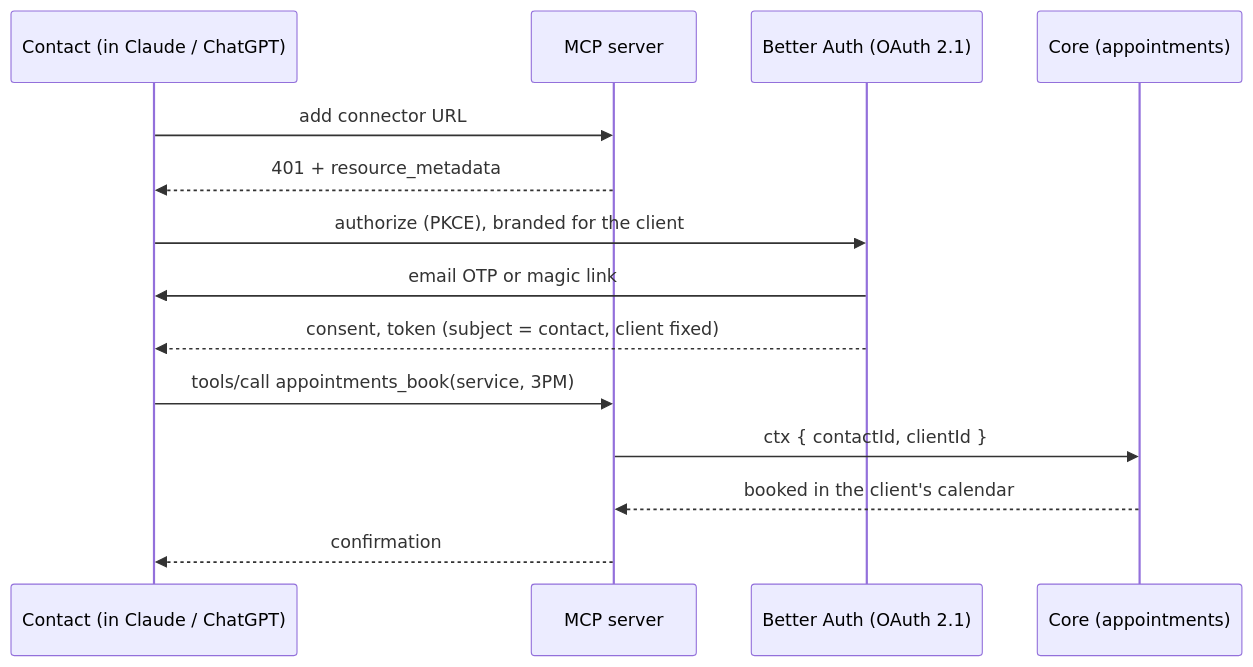
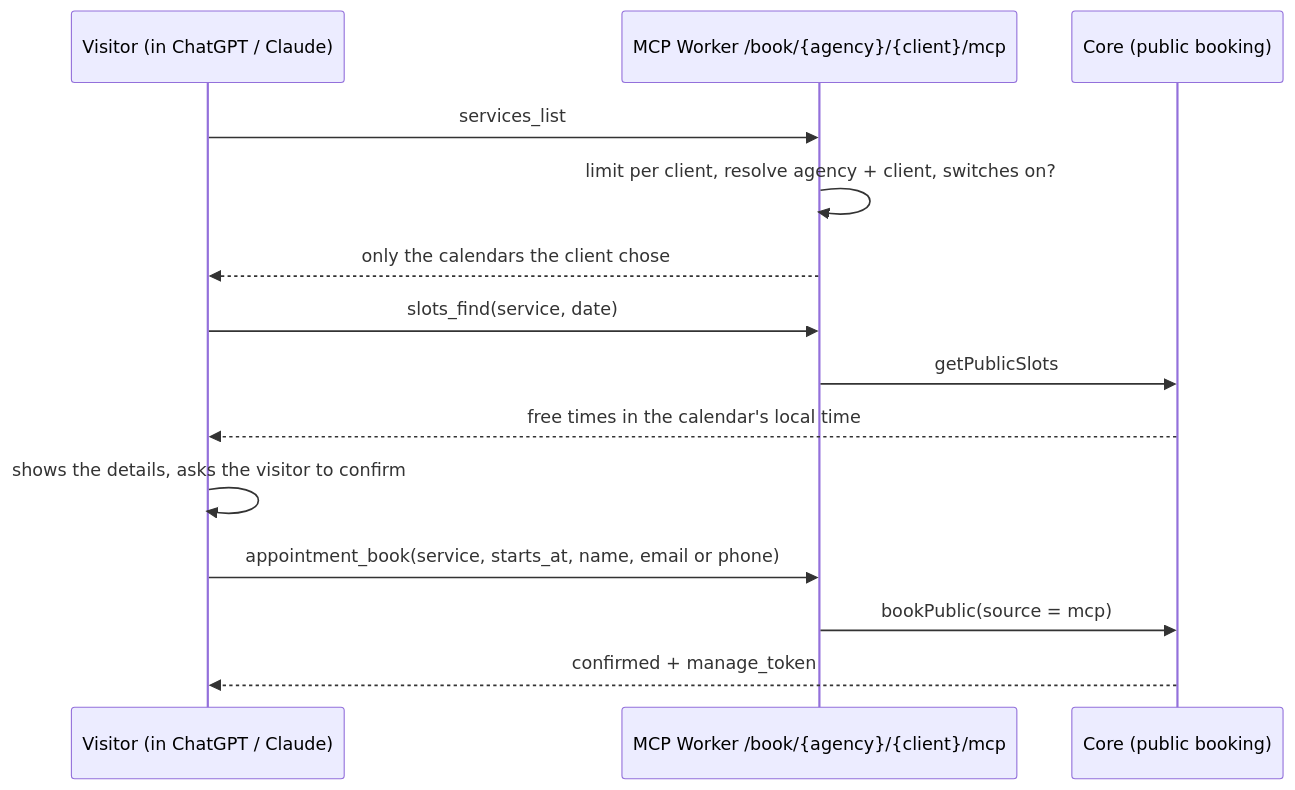
One commit to prakashn27/ownlevel-app changed the fifth of 5 diagrams in docs/Technical/4_MCP.md. Above: the diagram before and after it, drawn with Mermaid. The commit also changed other lines of this file and 25 other files, not shown here.

Commit message:
feat(mcp): add public booking endpoint for visitors' AI assistants

````diff
--- a/docs/Technical/4_MCP.md
+++ b/docs/Technical/4_MCP.md
@@ -441,17 +440,17 @@
 ```mermaid
 sequenceDiagram
-  participant U as Contact (in Claude / ChatGPT)
-  participant M as MCP server
-  participant A as Better Auth (OAuth 2.1)
-  participant C as Core (appointments)
+  participant V as Visitor (in ChatGPT / Claude)
+  participant M as MCP Worker /book/{agency}/{client}/mcp
+  participant K as Core (public booking)
 
-  U->>M: add connector URL
-  M-->>U: 401 + resource_metadata
-  U->>A: authorize (PKCE), branded for the client
-  A->>U: email OTP or magic link
-  A-->>U: consent, token (subject = contact, client fixed)
-  U->>M: tools/call appointments_book(service, 3PM)
-  M->>C: ctx { contactId, clientId }
-  C-->>M: booked in the client's calendar
-  M-->>U: confirmation
+  V->>M: services_list
+  M->>M: limit per client, resolve agency + client, switches on?
+  M-->>V: only the calendars the client chose
+  V->>M: slots_find(service, date)
+  M->>K: getPublicSlots
+  K-->>V: free times in the calendar's local time
+  V->>V: shows the details, asks the visitor to confirm
+  V->>M: appointment_book(service, starts_at, name, email or phone)
+  M->>K: bookPublic(source = mcp)
+  K-->>V: confirmed + manage_token
 ```
````
